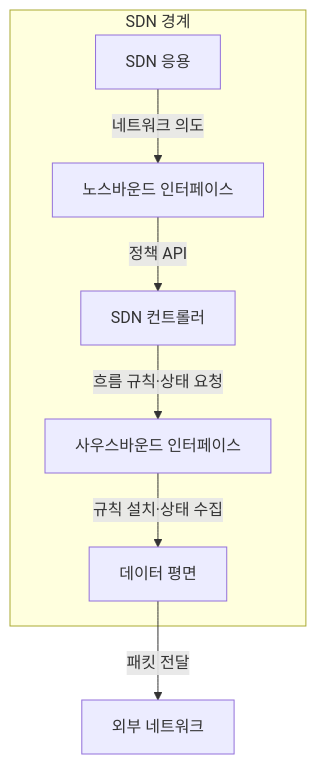
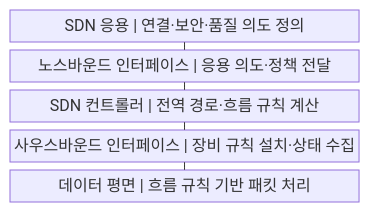
Before and after one commit to agnusdei1207/knowledge-base: the first of 2 diagrams in src/content/docs/notes/04-network/056_software_defined_networking.md, drawn with Mermaid. The commit also changed other lines of this file and 20 other files, not shown here.

````diff
--- a/src/content/docs/notes/04-network/056_software_defined_networking.md
+++ b/src/content/docs/notes/04-network/056_software_defined_networking.md
@@ -53,15 +53,13 @@
 ```mermaid
-flowchart TB
-    subgraph S[SDN 경계]
-        APP[SDN 응용]
-        NBI[노스바운드 인터페이스]
-        CTRL[SDN 컨트롤러]
-        SBI[사우스바운드 인터페이스]
-        DP[데이터 평면]
-        APP -->|네트워크 의도| NBI
-        NBI -->|정책 API| CTRL
-        CTRL -->|흐름 규칙·상태 요청| SBI
-        SBI -->|규칙 설치·상태 수집| DP
-    end
-    DP -->|패킷 전달| NET[외부 네트워크]
+block
+    columns 1
+    A["SDN 응용 | 연결·보안·품질 의도 정의"]
+    B["노스바운드 인터페이스 | 응용 의도·정책 전달"]
+    C["SDN 컨트롤러 | 전역 경로·흐름 규칙 계산"]
+    D["사우스바운드 인터페이스 | 장비 규칙 설치·상태 수집"]
+    E["데이터 평면 | 흐름 규칙 기반 패킷 처리"]
+    A --- B
+    B --- C
+    C --- D
+    D --- E
 ```
````
